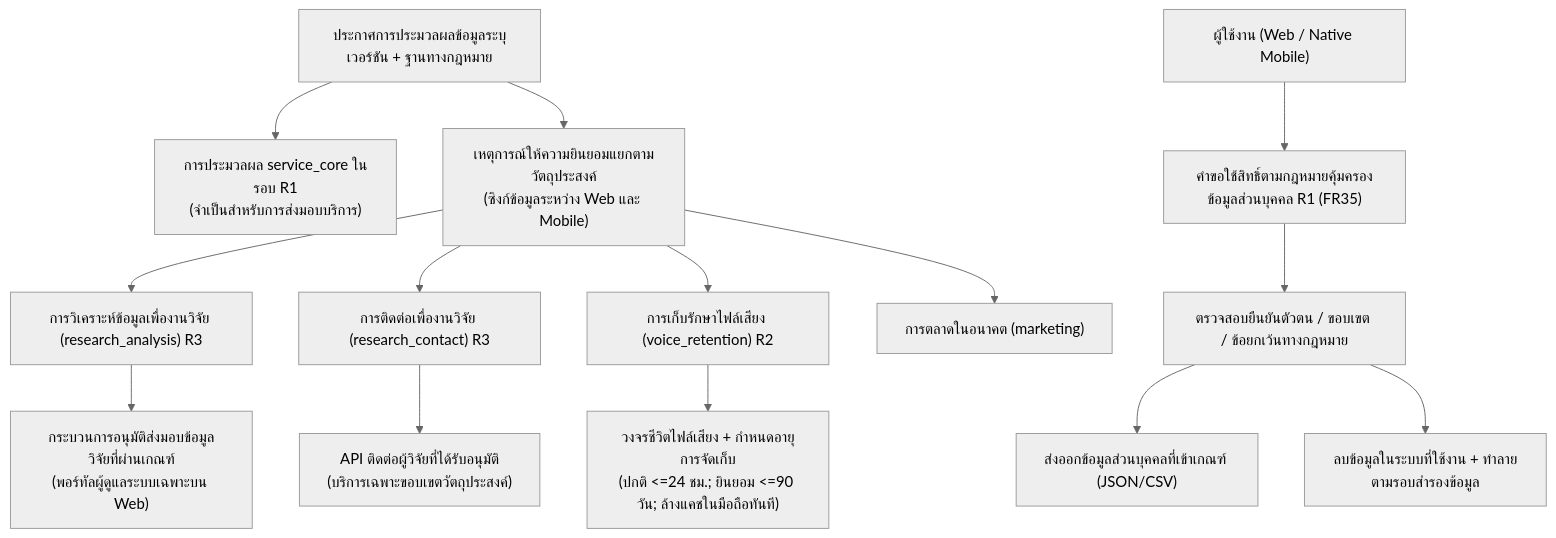
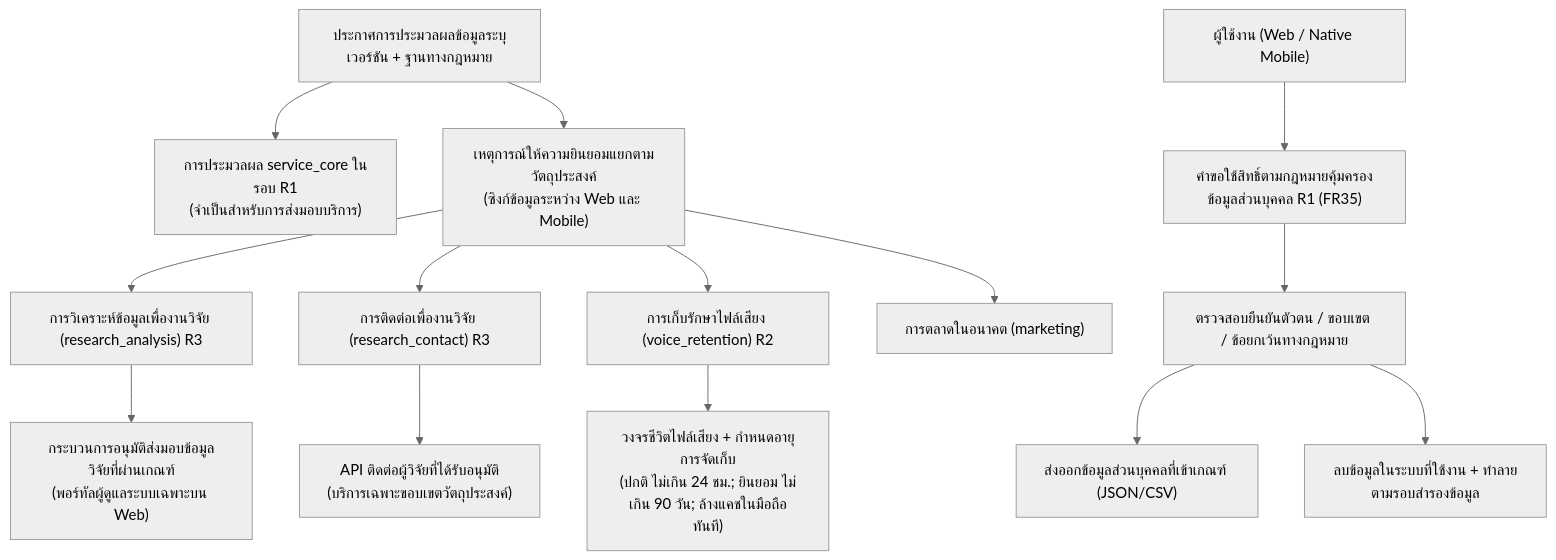
Diagram 21 of 26 in docs-interviex/03_SRS_Requirements/InterviewX_SRS_Report_Revised_TH.md (Phoomss/interviewx-datahub), drawn with Mermaid (neutral theme) before and after one commit. The commit also changed other lines of this file and 21 other files, not shown here.

Commit message:
fix error Unable to render rich display for all diagram

````diff
--- a/docs-interviex/03_SRS_Requirements/InterviewX_SRS_Report_Revised_TH.md
+++ b/docs-interviex/03_SRS_Requirements/InterviewX_SRS_Report_Revised_TH.md
@@ -2115,18 +2114,18 @@
 ```mermaid
 flowchart TB
- Notice["ประกาศการประมวลผลข้อมูลระบุเวอร์ชัน + ฐานทางกฎหมาย"] --> Core["การประมวลผล service_core ในรอบ R1\n(จำเป็นสำหรับการส่งมอบบริการ)"]
- Notice --> Choices["เหตุการณ์ให้ความยินยอมแยกตามวัตถุประสงค์\n(ซิงก์ข้อมูลระหว่าง Web และ Mobile)"]
+ Notice["ประกาศการประมวลผลข้อมูลระบุเวอร์ชัน + ฐานทางกฎหมาย"] --> Core["การประมวลผล service_core ในรอบ R1<br/>(จำเป็นสำหรับการส่งมอบบริการ)"]
+ Notice --> Choices["เหตุการณ์ให้ความยินยอมแยกตามวัตถุประสงค์<br/>(ซิงก์ข้อมูลระหว่าง Web และ Mobile)"]
  Choices --> Analysis["การวิเคราะห์ข้อมูลเพื่องานวิจัย (research_analysis) R3"]
  Choices --> Contact["การติดต่อเพื่องานวิจัย (research_contact) R3"]
  Choices --> Voice["การเก็บรักษาไฟล์เสียง (voice_retention) R2"]
  Choices --> Marketing["การตลาดในอนาคต (marketing)"]
 
- Analysis --> Release["กระบวนการอนุมัติส่งมอบข้อมูลวิจัยที่ผ่านเกณฑ์\n(พอร์ทัลผู้ดูแลระบบเฉพาะบน Web)"]
- Contact --> ContactService["API ติดต่อผู้วิจัยที่ได้รับอนุมัติ\n(บริการเฉพาะขอบเขตวัตถุประสงค์)"]
- Voice --> AudioPolicy["วงจรชีวิตไฟล์เสียง + กำหนดอายุการจัดเก็บ\n(ปกติ <=24 ชม.; ยินยอม <=90 วัน; ล้างแคชในมือถือทันที)"]
+ Analysis --> Release["กระบวนการอนุมัติส่งมอบข้อมูลวิจัยที่ผ่านเกณฑ์<br/>(พอร์ทัลผู้ดูแลระบบเฉพาะบน Web)"]
+ Contact --> ContactService["API ติดต่อผู้วิจัยที่ได้รับอนุมัติ<br/>(บริการเฉพาะขอบเขตวัตถุประสงค์)"]
+ Voice --> AudioPolicy["วงจรชีวิตไฟล์เสียง + กำหนดอายุการจัดเก็บ<br/>(ปกติ ไม่เกิน 24 ชม.; ยินยอม ไม่เกิน 90 วัน; ล้างแคชในมือถือทันที)"]
 
  User["ผู้ใช้งาน (Web / Native Mobile)"] --> Request["คำขอใช้สิทธิ์ตามกฎหมายคุ้มครองข้อมูลส่วนบุคคล R1 (FR35)"]
  Request --> Verify["ตรวจสอบยืนยันตัวตน / ขอบเขต / ข้อยกเว้นทางกฎหมาย"]
  Verify --> Export["ส่งออกข้อมูลส่วนบุคคลที่เข้าเกณฑ์ (JSON/CSV)"]
  Verify --> Erase["ลบข้อมูลในระบบที่ใช้งาน + ทำลายตามรอบสำรองข้อมูล"]
 ```
````
